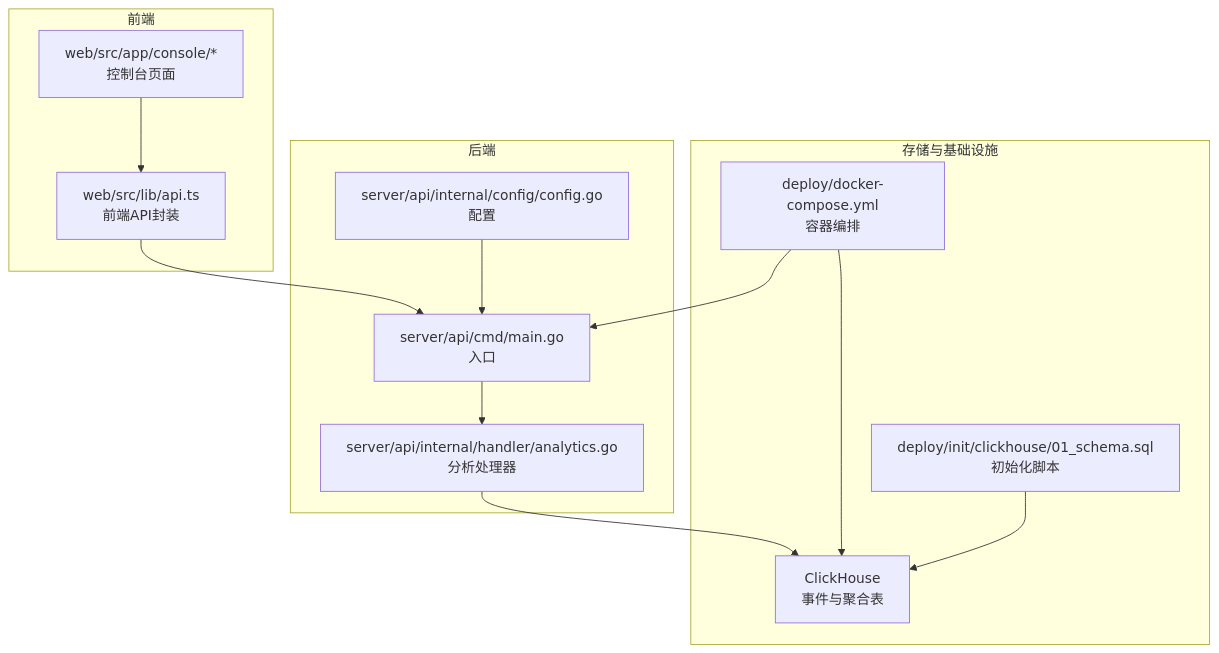
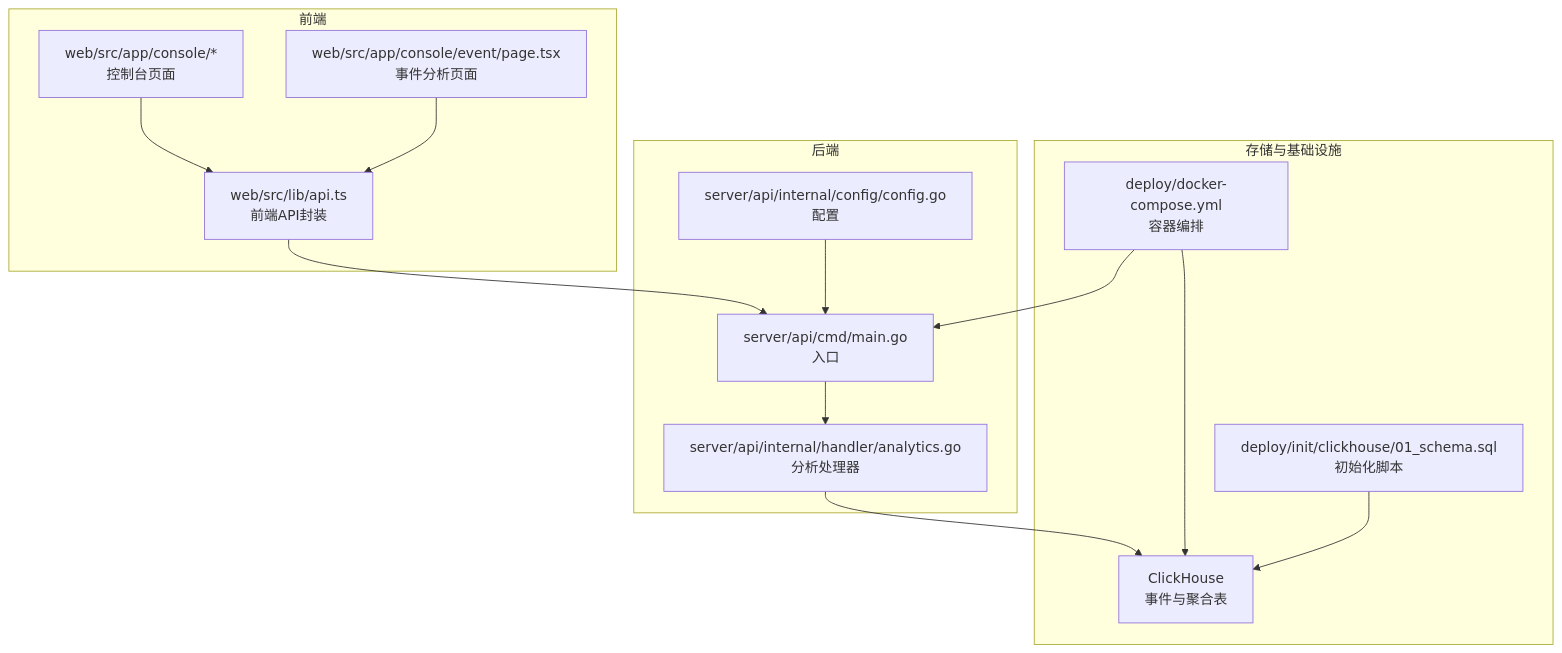
One commit to zhen-zhong/AeroLog changed the first of 5 diagrams in .qoder/repowiki/zh/content/API参考/数据分析接口.md. Above: the diagram before and after it, drawn with Mermaid. The commit also changed other lines of this file and 84 other files, not shown here.

````diff
--- a/.qoder/repowiki/zh/content/API参考/数据分析接口.md
+++ b/.qoder/repowiki/zh/content/API参考/数据分析接口.md
@@ -33,25 +42,27 @@
 ```mermaid
 graph TB
 subgraph "前端"
 FE_API["web/src/lib/api.ts<br/>前端API封装"]
 FE_UI["web/src/app/console/*<br/>控制台页面"]
+ENDPOINT_UI["web/src/app/console/event/page.tsx<br/>事件分析页面"]
 end
 subgraph "后端"
 MAIN["server/api/cmd/main.go<br/>入口"]
 CFG["server/api/internal/config/config.go<br/>配置"]
 H_ANA["server/api/internal/handler/analytics.go<br/>分析处理器"]
 end
 subgraph "存储与基础设施"
 CH["ClickHouse<br/>事件与聚合表"]
 DC["deploy/docker-compose.yml<br/>容器编排"]
 SCHEMA["deploy/init/clickhouse/01_schema.sql<br/>初始化脚本"]
 end
 FE_API --> MAIN
 FE_UI --> FE_API
+ENDPOINT_UI --> FE_API
 MAIN --> H_ANA
 H_ANA --> CH
 CFG --> MAIN
 DC --> MAIN
 DC --> CH
 SCHEMA --> CH
 ```
````
